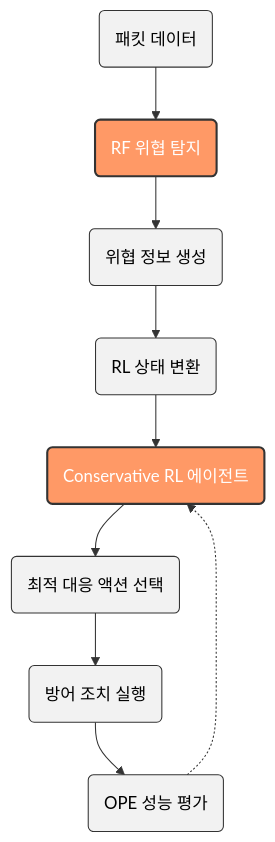
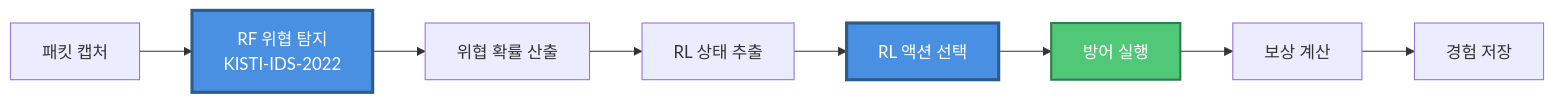
The third of 6 diagrams in README.md (Es5724/Intrusion_DetectionSystem), drawn with Mermaid before and after one commit. The commit also changed other lines of this file and 28 other files, not shown here.

````diff
--- a/README.md
+++ b/README.md
@@ -554,17 +670,14 @@
 ```mermaid
-flowchart TD
-    A("패킷 데이터") --> B("RF 위협 탐지")
-    B --> C("위협 정보 생성")
-    C --> D("RL 상태 변환")
-    D --> E("Conservative RL 에이전트")
-    E --> F("최적 대응 액션 선택")
-    F --> G("방어 조치 실행")
-    G --> H("OPE 성능 평가")
-    H -.-> E
+graph LR
+    A[패킷 캡처] --> B[RF 위협 탐지<br/>KISTI-IDS-2022]
+    B --> C[위협 확률 산출]
+    C --> D[RL 상태 추출]
+    D --> E[RL 액션 선택]
+    E --> F[방어 실행]
+    F --> G[보상 계산]
+    G --> H[경험 저장]
     
-    classDef primary fill:#f96,color:#fff,stroke:#333,stroke-width:2px;
-    classDef secondary fill:#f2f2f2,color:#000,stroke:#333,stroke-width:1px;
-    
-    class B,E primary;
-    class A,C,D,F,G,H secondary;
+    style B fill:#4a90e2,color:#fff,stroke:#2e5c8a,stroke-width:3px
+    style E fill:#4a90e2,color:#fff,stroke:#2e5c8a,stroke-width:3px
+    style F fill:#50c878,color:#fff,stroke:#2e7d4e,stroke-width:2px
 ```
````
